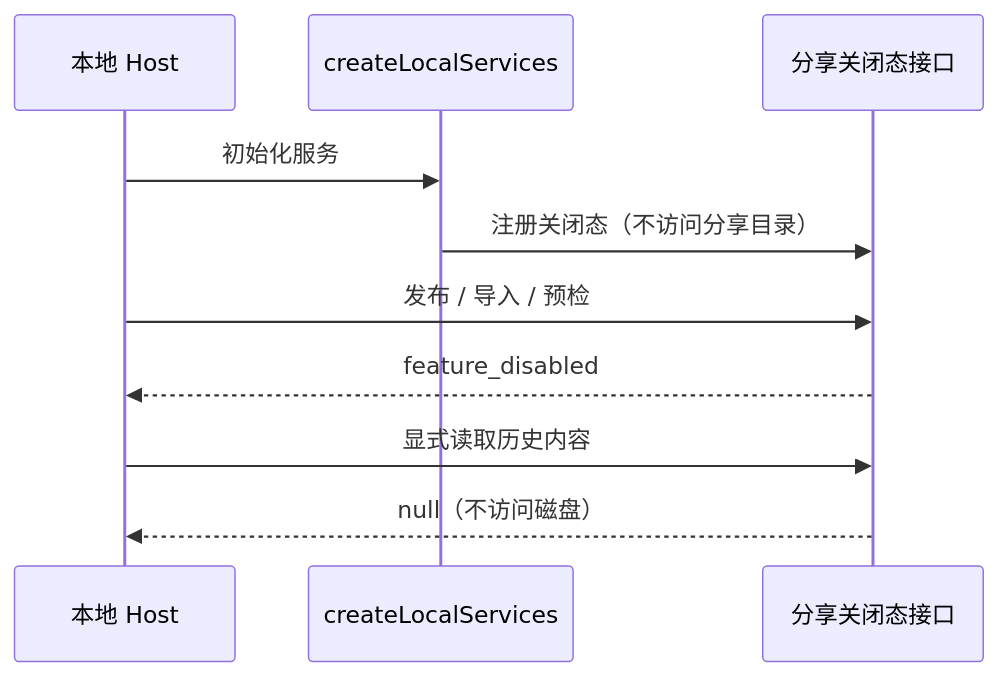
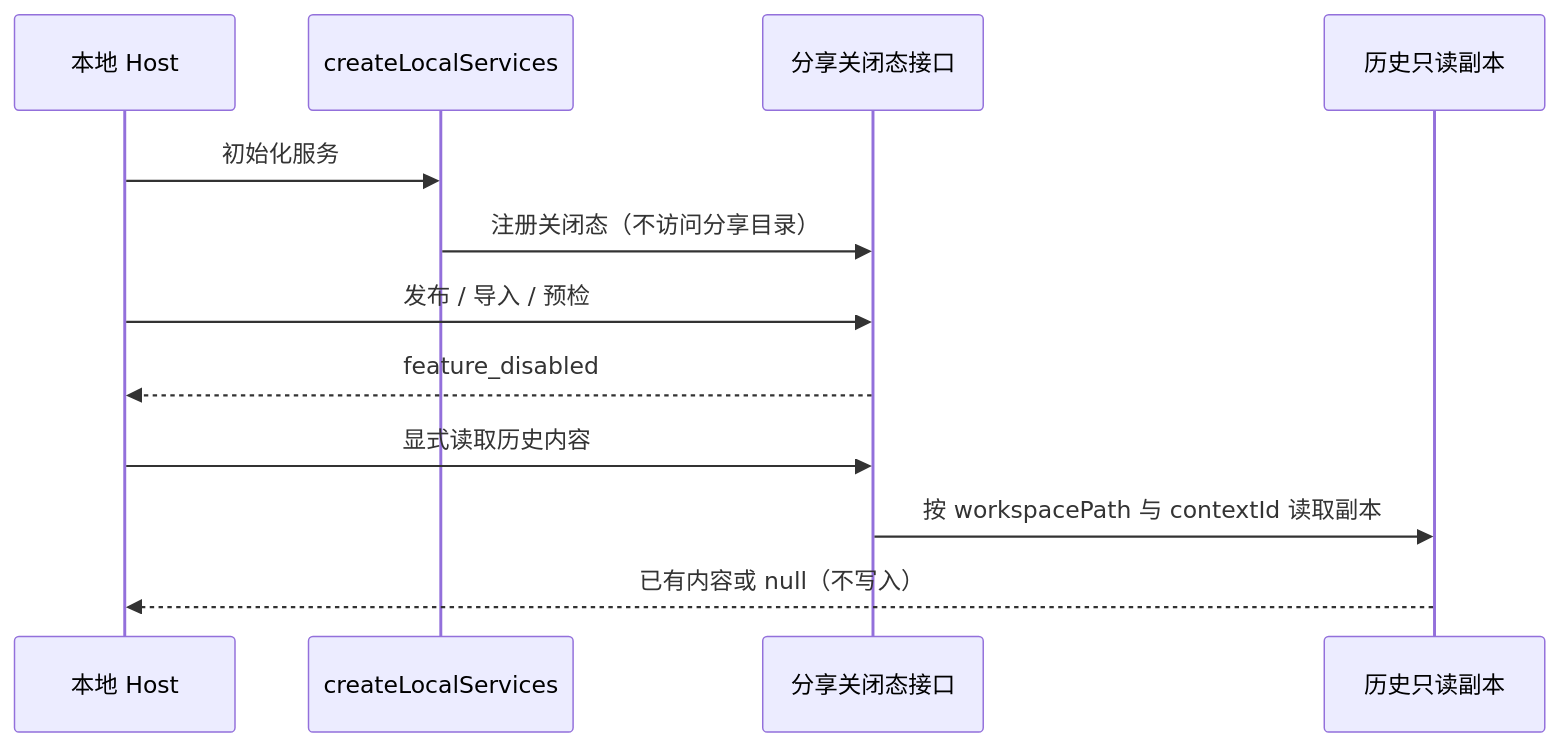
Before and after one commit to mewcoder/NCode: the first of 3 diagrams in ncode-feature.md, drawn with Mermaid. The commit also changed other lines of this file and 15 other files, not shown here.

````diff
--- a/ncode-feature.md
+++ b/ncode-feature.md
@@ -87,12 +87,14 @@
 ```mermaid
 sequenceDiagram
   participant Host as 本地 Host
   participant Services as createLocalServices
   participant Closed as 分享关闭态接口
+  participant Disk as 历史只读副本
   Host->>Services: 初始化服务
   Services->>Closed: 注册关闭态（不访问分享目录）
   Host->>Closed: 发布 / 导入 / 预检
   Closed-->>Host: feature_disabled
   Host->>Closed: 显式读取历史内容
-  Closed-->>Host: null（不访问磁盘）
+  Closed->>Disk: 按 workspacePath 与 contextId 读取副本
+  Disk-->>Host: 已有内容或 null（不写入）
 ```
````
